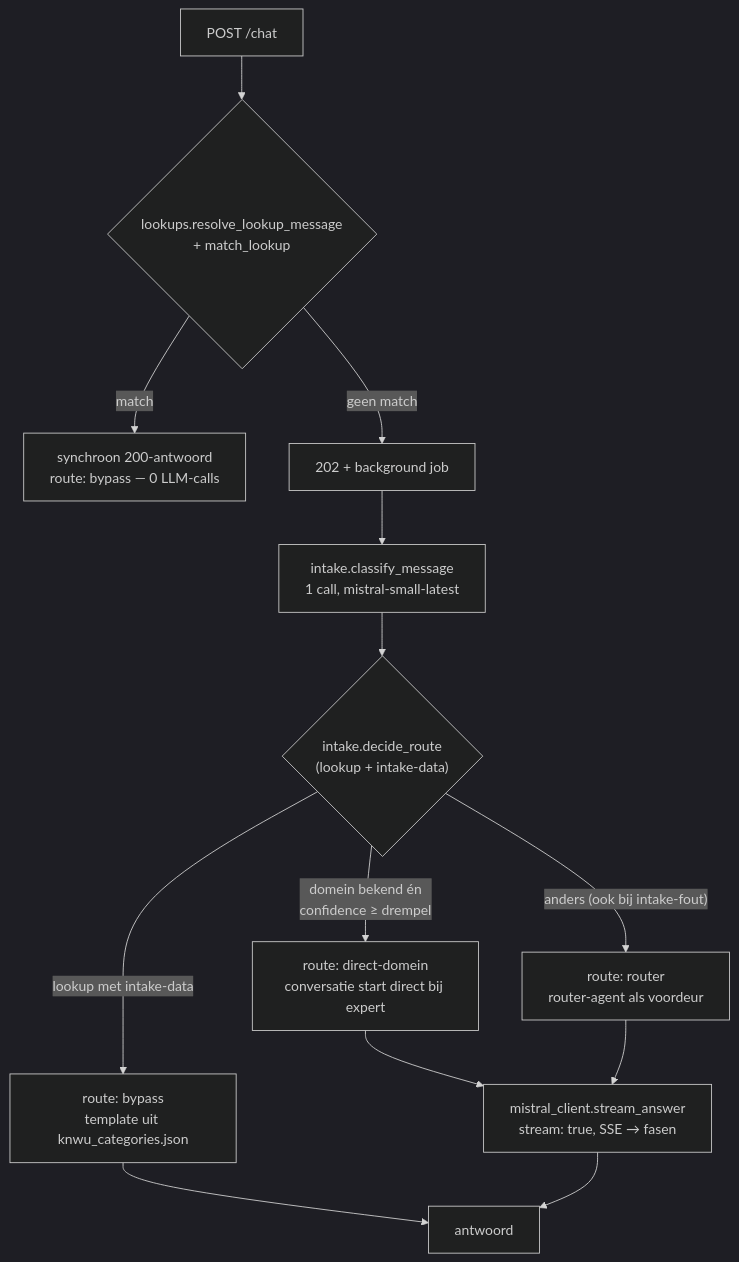
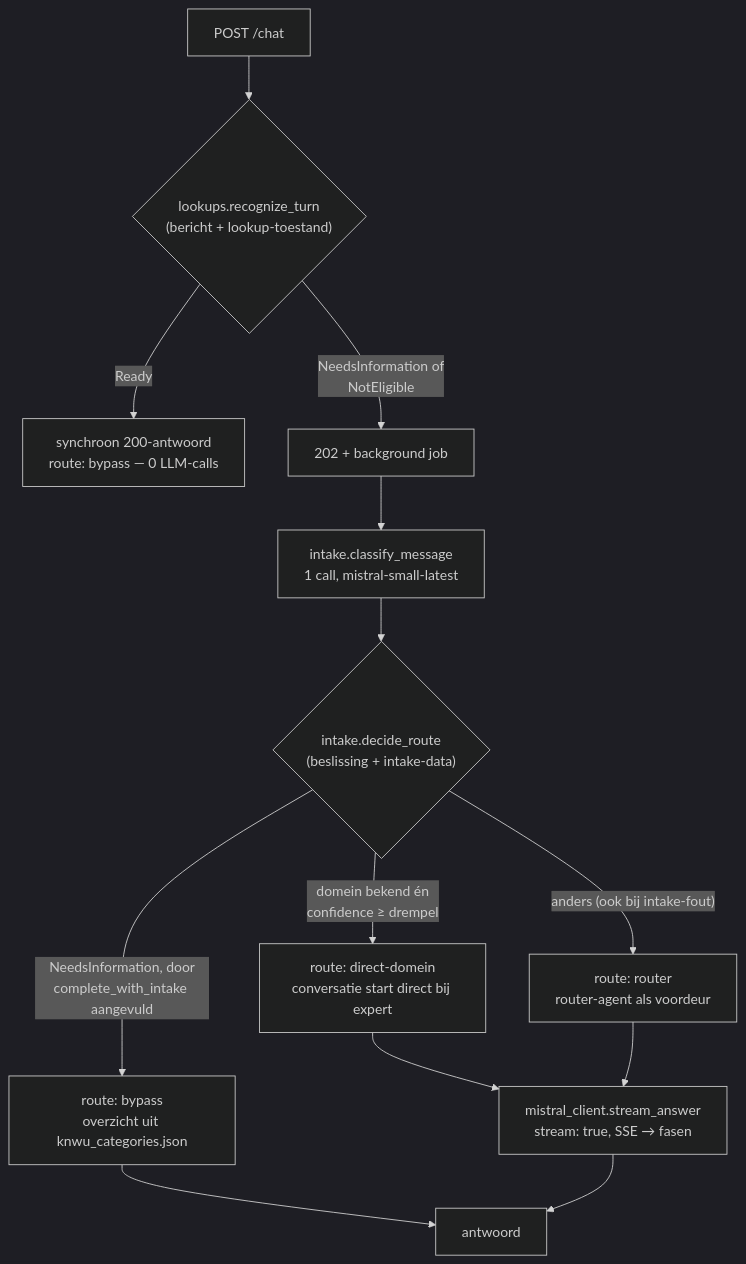
The diagram in docs/explanation/vraag-routing.md (Atrium0804/WTChatbot), drawn with Mermaid (dark theme) before and after one commit. The commit also changed other lines of this file and 15 other files, not shown here.

First line of the commit message:
feat(chat): integrate category overview lookups with safe state ordering (#136)

````diff
--- a/docs/explanation/vraag-routing.md
+++ b/docs/explanation/vraag-routing.md
@@ -12,15 +12,15 @@
 ```mermaid
 flowchart TD
-    A["POST /chat"] --> B{"lookups.resolve_lookup_message<br/>+ match_lookup"}
-    B -- "match" --> C["synchroon 200-antwoord<br/>route: bypass — 0 LLM-calls"]
-    B -- "geen match" --> D["202 + background job"]
+    A["POST /chat"] --> B{"lookups.recognize_turn<br/>(bericht + lookup-toestand)"}
+    B -- "Ready" --> C["synchroon 200-antwoord<br/>route: bypass — 0 LLM-calls"]
+    B -- "NeedsInformation of<br/>NotEligible" --> D["202 + background job"]
     D --> E["intake.classify_message<br/>1 call, mistral-small-latest"]
-    E --> F{"intake.decide_route<br/>(lookup + intake-data)"}
-    F -- "lookup met intake-data" --> G["route: bypass<br/>template uit knwu_categories.json"]
+    E --> F{"intake.decide_route<br/>(beslissing + intake-data)"}
+    F -- "NeedsInformation, door<br/>complete_with_intake aangevuld" --> G["route: bypass<br/>overzicht uit knwu_categories.json"]
     F -- "domein bekend én<br/>confidence ≥ drempel" --> H["route: direct-domein<br/>conversatie start direct bij expert"]
     F -- "anders (ook bij intake-fout)" --> I["route: router<br/>router-agent als voordeur"]
     H --> J["mistral_client.stream_answer<br/>stream: true, SSE → fasen"]
     I --> J
     G --> K["antwoord"]
     J --> K
 ```
````
